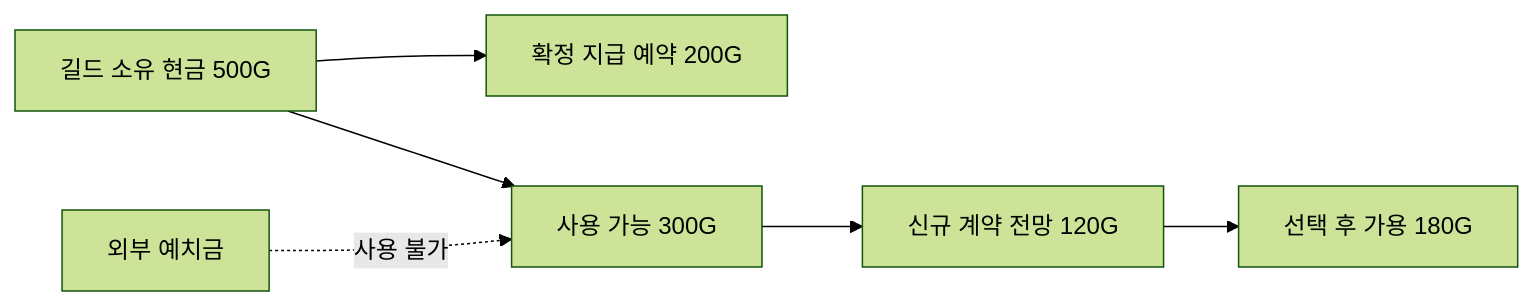
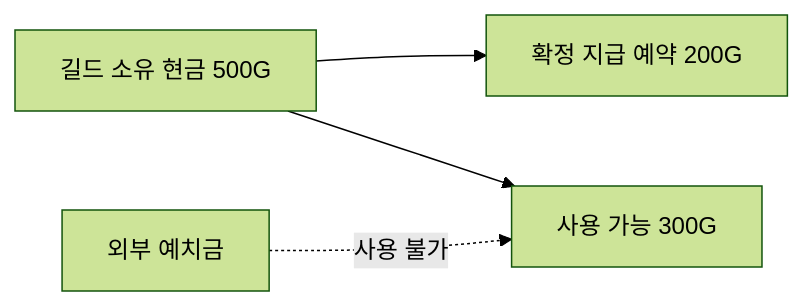
The diagram in docs/book-v2/src/ch09/spending.md (applesoda01/Project_F), drawn with Mermaid (forest theme) before and after one commit. The commit also changed other lines of this file and 104 other files, not shown here.

````diff
--- a/docs/book-v2/src/ch09/spending.md
+++ b/docs/book-v2/src/ch09/spending.md
@@ -50,8 +51,6 @@
 ```mermaid
 flowchart LR
  A[길드 소유 현금 500G] --> B[확정 지급 예약 200G]
  A --> C[사용 가능 300G]
- C --> D[신규 계약 전망 120G]
- D --> E[선택 후 가용 180G]
  F[외부 예치금] -. 사용 불가 .-> C
 ```
````
